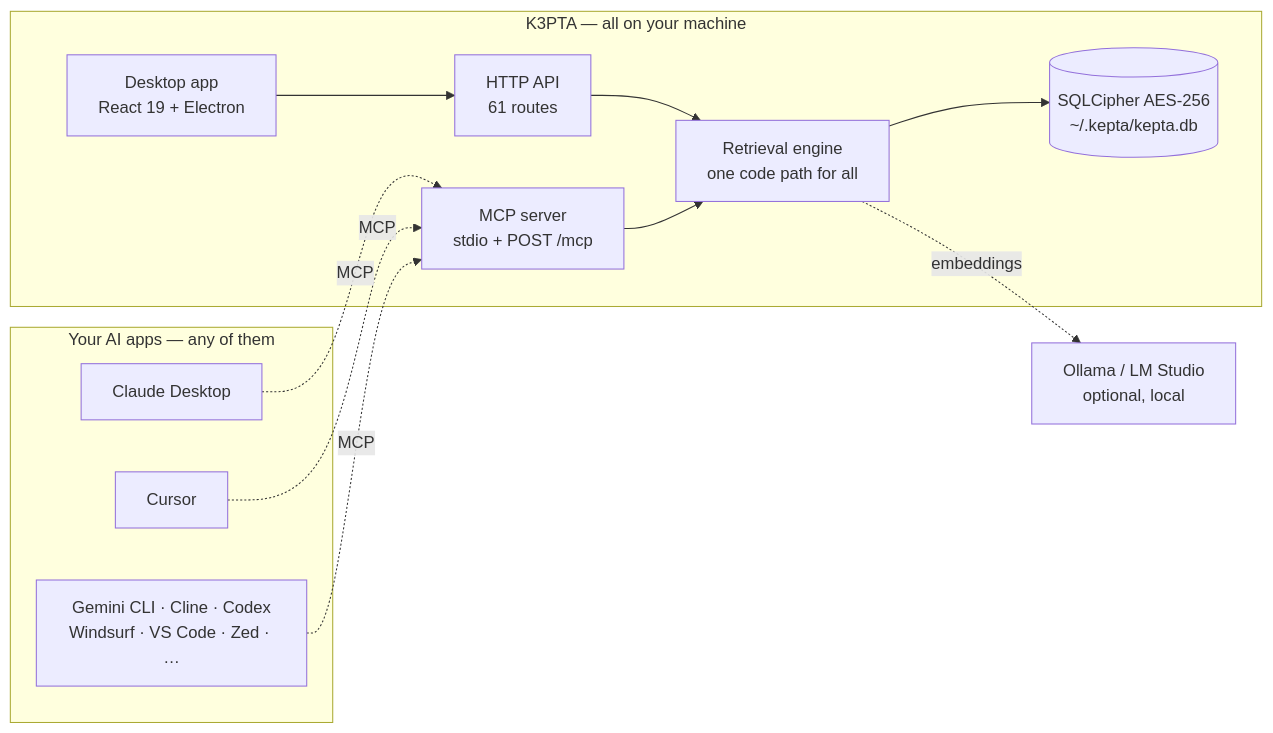
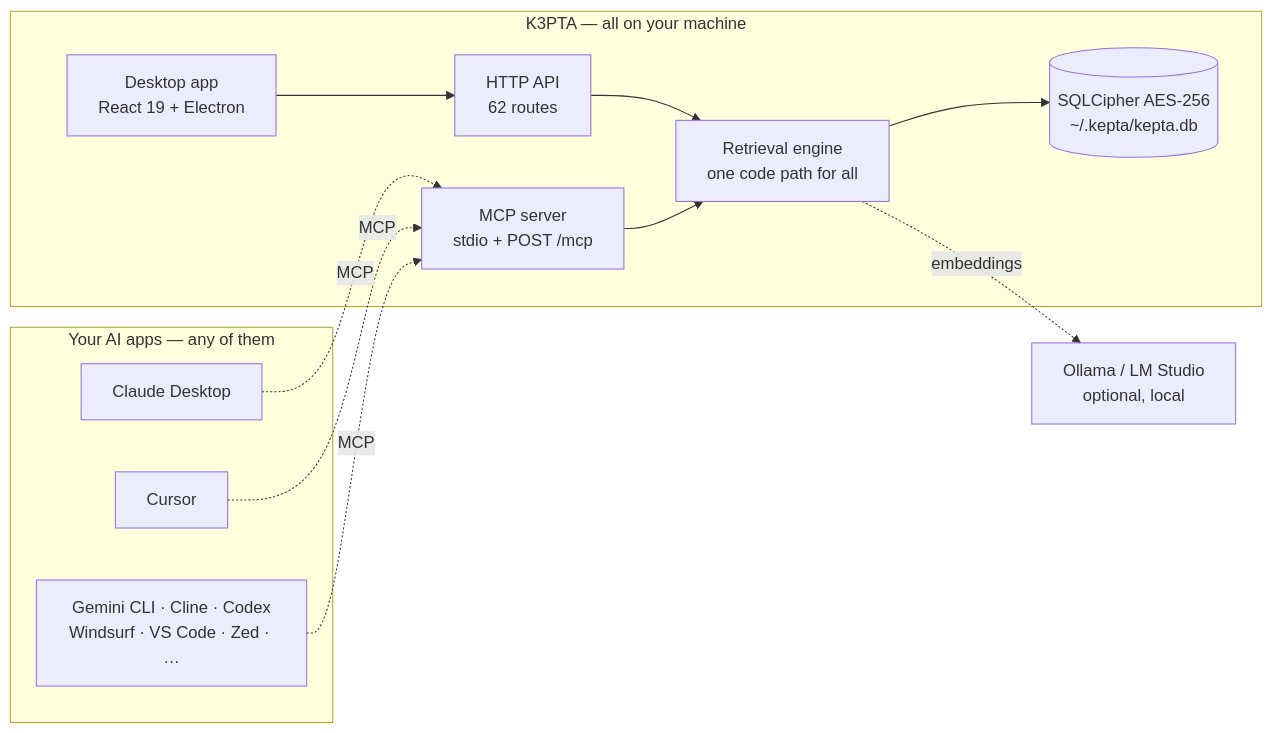
The first of 2 diagrams in README.md (DamianTodorovic/kepta), drawn with Mermaid before and after one commit. The commit also changed other lines of this file and 16 other files, not shown here.

````diff
--- a/README.md
+++ b/README.md
@@ -274,22 +274,22 @@
 ```mermaid
 flowchart LR
   subgraph Clients["Your AI apps — any of them"]
     CD["Claude Desktop"]
     CU["Cursor"]
     GM["Gemini CLI · Cline · Codex<br/>Windsurf · VS Code · Zed · …"]
   end
   subgraph App["K3PTA — all on your machine"]
     UI["Desktop app<br/>React 19 + Electron"]
-    SRV["HTTP API<br/>61 routes"]
+    SRV["HTTP API<br/>62 routes"]
     MCP["MCP server<br/>stdio + POST /mcp"]
     ENG["Retrieval engine<br/>one code path for all"]
     ST[("SQLCipher AES-256<br/>~/.kepta/kepta.db")]
   end
   OLL["Ollama / LM Studio<br/>optional, local"]
   CD & CU & GM -. MCP .-> MCP
   UI --> SRV
   SRV --> ENG
   MCP --> ENG
   ENG --> ST
   ENG -. embeddings .-> OLL
 ```
````
